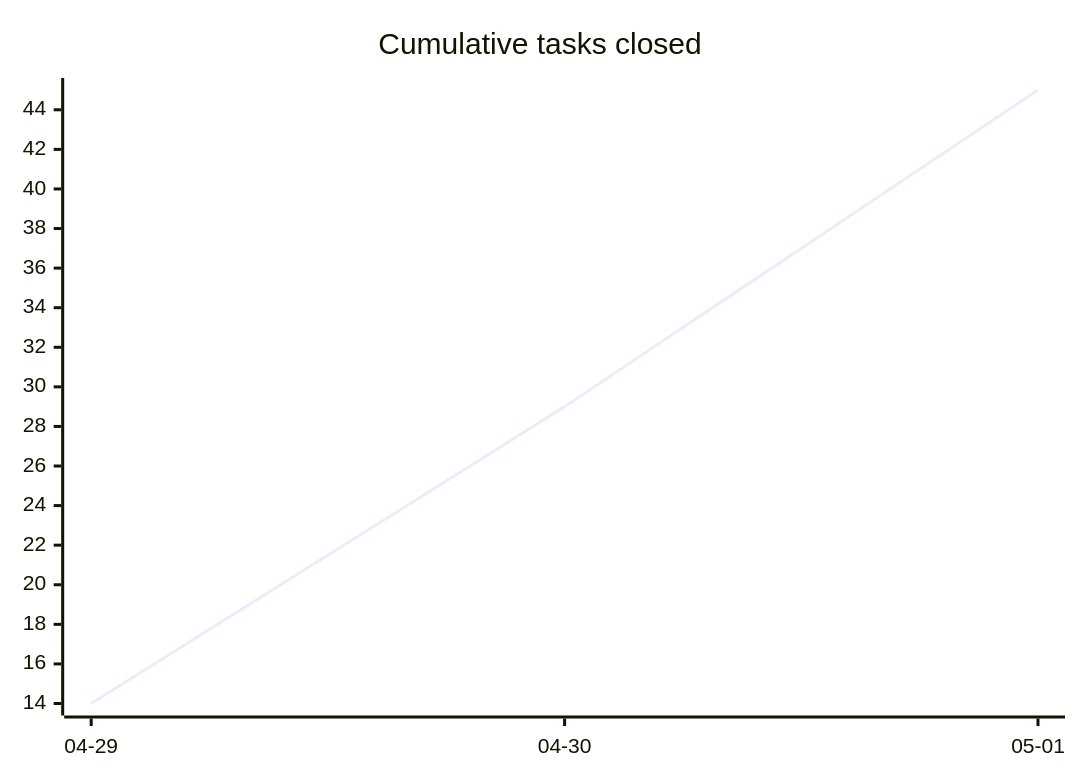
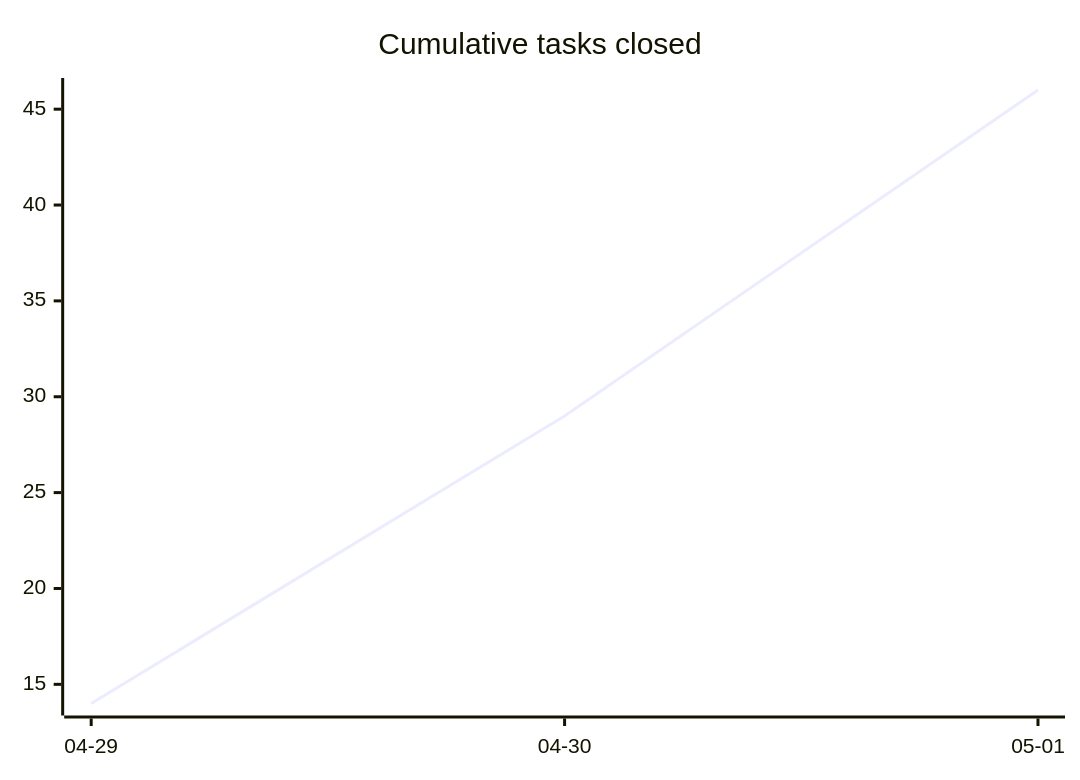
The first of 3 diagrams in docs/developers/tasks/OVERVIEW.md (tgd1975/AwesomeStudioPedal), drawn with Mermaid before and after one commit. The commit also changed other lines of this file and 5 other files, not shown here.

````diff
--- a/docs/developers/tasks/OVERVIEW.md
+++ b/docs/developers/tasks/OVERVIEW.md
@@ -22,6 +22,6 @@
 ```mermaid
 xychart-beta
     title "Cumulative tasks closed"
     x-axis ["04-29", "04-30", "05-01"]
-    line [14, 29, 45]
+    line [14, 29, 46]
 ```
````
